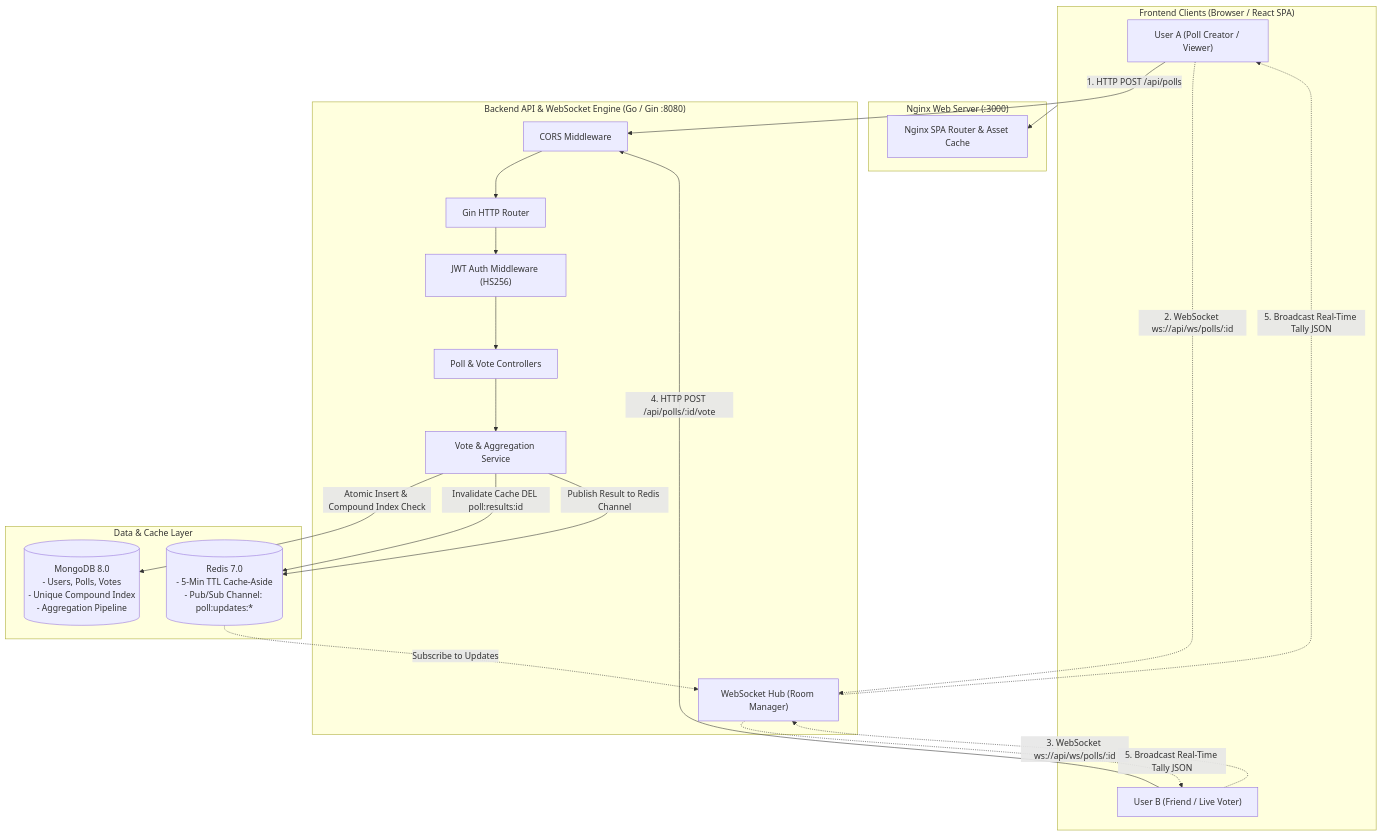
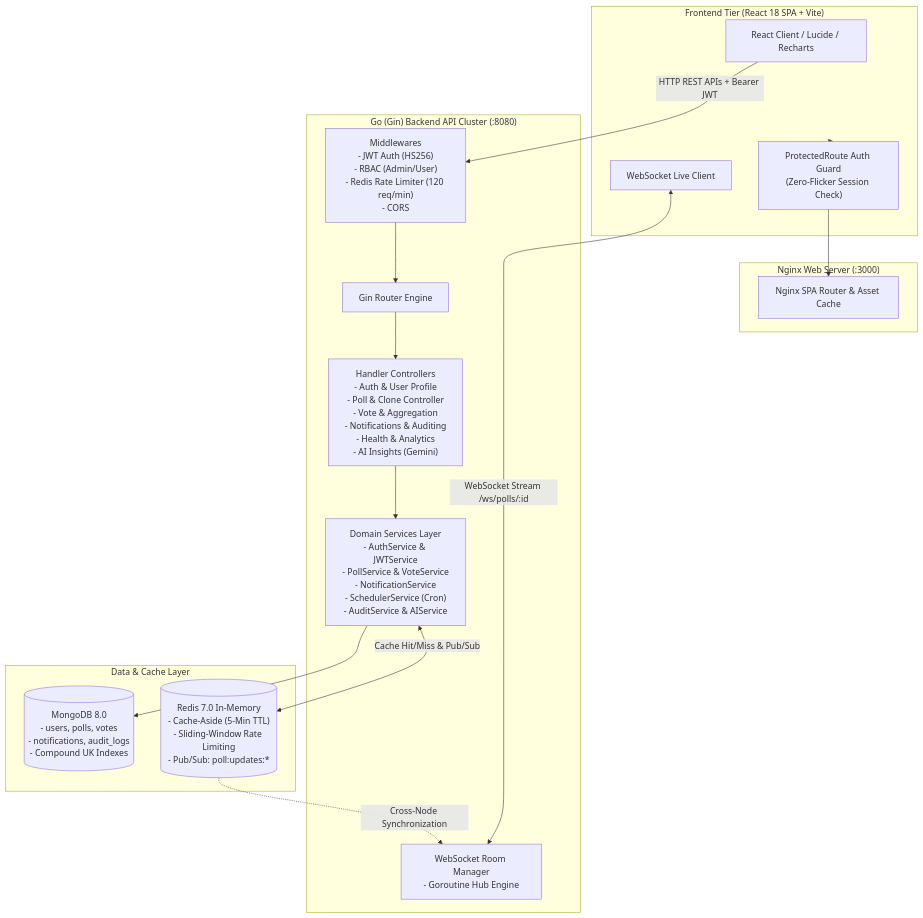
Before and after one commit to srinagapriya06122006/PollSphere-: the first of 2 diagrams in README.md, drawn with Mermaid. The commit also changed other lines of this file and 93 other files, not shown here.

````diff
--- a/README.md
+++ b/README.md
@@ -34,43 +37,36 @@
 ```mermaid
 flowchart TD
-    subgraph Clients["Frontend Clients (Browser / React SPA)"]
-        UserA["User A (Poll Creator / Viewer)"]
-        UserB["User B (Friend / Live Voter)"]
+    subgraph Clients["Frontend Tier (React 18 SPA + Vite)"]
+        Browser["React Client / Lucide / Recharts"]
+        WSClient["WebSocket Live Client"]
+        Guard["ProtectedRoute Auth Guard\n(Zero-Flicker Session Check)"]
     end
 
     subgraph ReverseProxy["Nginx Web Server (:3000)"]
         Nginx["Nginx SPA Router & Asset Cache"]
     end
 
-    subgraph BackendCluster["Backend API & WebSocket Engine (Go / Gin :8080)"]
-        Router["Gin HTTP Router"]
-        CORSMiddleware["CORS Middleware"]
-        AuthMiddleware["JWT Auth Middleware (HS256)"]
-        PollHandler["Poll & Vote Controllers"]
-        WSHub["WebSocket Hub (Room Manager)"]
-        VoteService["Vote & Aggregation Service"]
+    subgraph BackendEngine["Go (Gin) Backend API Cluster (:8080)"]
+        Router["Gin Router Engine"]
+        Middlewares["Middlewares\n- JWT Auth (HS256)\n- RBAC (Admin/User)\n- Redis Rate Limiter (120 req/min)\n- CORS"]
+        Handlers["Handler Controllers\n- Auth & User Profile\n- Poll & Clone Controller\n- Vote & Aggregation\n- Notifications & Auditing\n- Health & Analytics\n- AI Insights (Gemini)"]
+        Services["Domain Services Layer\n- AuthService & JWTService\n- PollService & VoteService\n- NotificationService\n- SchedulerService (Cron)\n- AuditService & AIService"]
+        WSHub["WebSocket Room Manager\n- Goroutine Hub Engine"]
     end
 
-    subgraph DataTier["Data & Cache Layer"]
-        MongoDB[("MongoDB 8.0\n- Users, Polls, Votes\n- Unique Compound Index\n- Aggregation Pipeline")]
-        Redis[("Redis 7.0\n- 5-Min TTL Cache-Aside\n- Pub/Sub Channel: poll:updates:*")]
+    subgraph DataStorage["Data & Cache Layer"]
+        MongoDB[("MongoDB 8.0\n- users, polls, votes\n- notifications, audit_logs\n- Compound UK Indexes")]
+        Redis[("Redis 7.0 In-Memory\n- Cache-Aside (5-Min TTL)\n- Sliding-Window Rate Limiting\n- Pub/Sub: poll:updates:*")]
     end
 
-    Clients --> Nginx
-    UserA -->|1. HTTP POST /api/polls| CORSMiddleware
-    UserB -->|4. HTTP POST /api/polls/:id/vote| CORSMiddleware
-    CORSMiddleware --> Router
-    Router --> AuthMiddleware
-    AuthMiddleware --> PollHandler
-    PollHandler --> VoteService
-
-    VoteService -->|Atomic Insert & Compound Index Check| MongoDB
-    VoteService -->|Invalidate Cache DEL poll:results:id| Redis
-    VoteService -->|Publish Result to Redis Channel| Redis
-    Redis -.->|Subscribe to Updates| WSHub
-
-    UserA -.->|2. WebSocket ws://api/ws/polls/:id| WSHub
-    UserB -.->|3. WebSocket ws://api/ws/polls/:id| WSHub
-    WSHub -.->|5. Broadcast Real-Time Tally JSON| UserA
-    WSHub -.->|5. Broadcast Real-Time Tally JSON| UserB
+    Clients --> Guard
+    Guard --> Nginx
+    Browser -->|HTTP REST APIs + Bearer JWT| Middlewares
+    WSClient <-->|WebSocket Stream /ws/polls/:id| WSHub
+    Middlewares --> Router
+    Router --> Handlers
+    Handlers --> Services
+    Services --> MongoDB
+    Services <-->|Cache Hit/Miss & Pub/Sub| Redis
+    Redis -.->|Cross-Node Synchronization| WSHub
 ```
````
